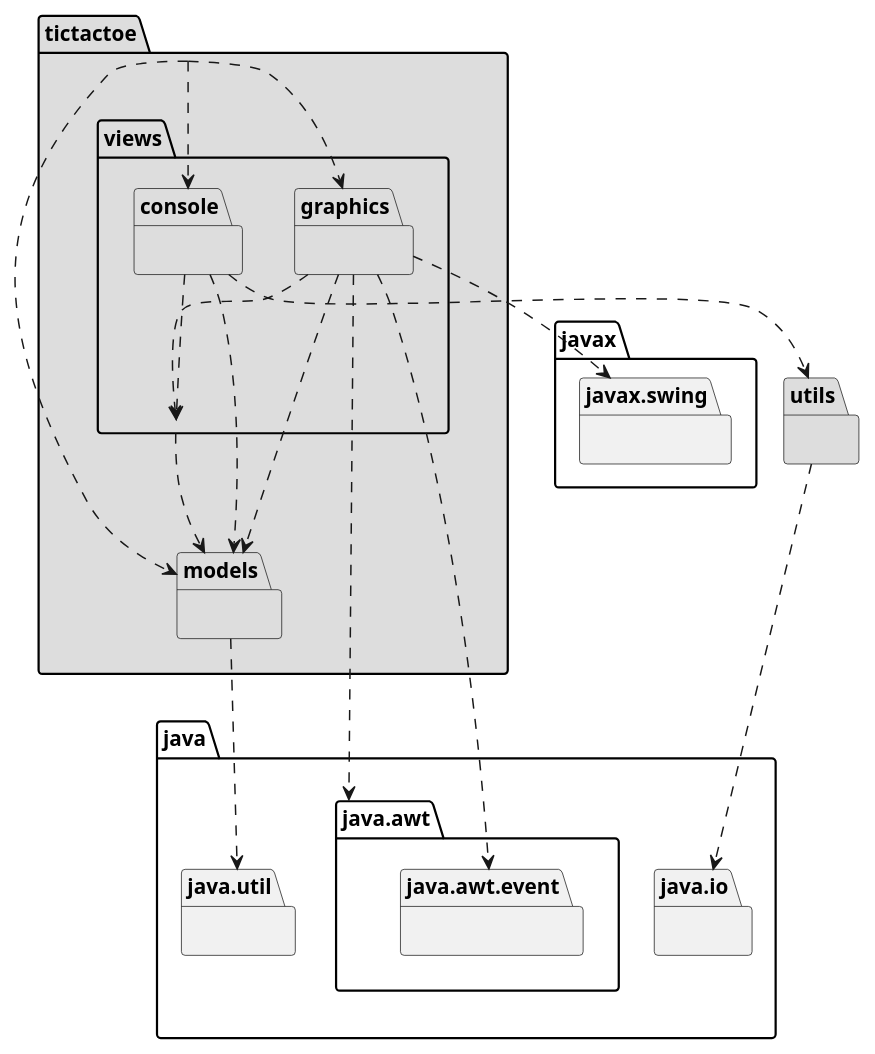
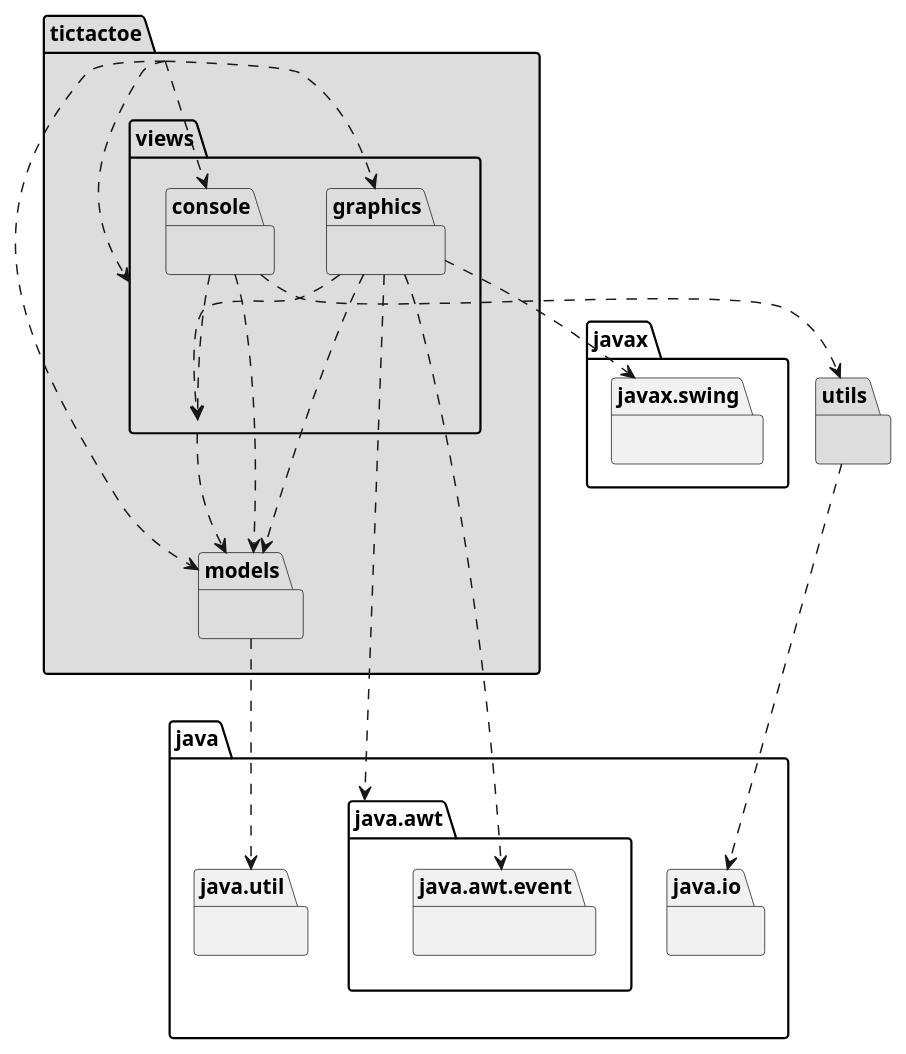
One commit to x-USantaTecla-game-ticTacToe/java changed the first of 4 diagrams in docs/src/docs/asciidoc/index.adoc. Above: the diagram before and after it, drawn with PlantUML. The commit also changed 4 other files, not shown here.

```diff
--- a/docs/src/docs/asciidoc/index.adoc
+++ b/docs/src/docs/asciidoc/index.adoc
@@ -35,35 +35,36 @@
 [plantuml,arquitecturaVersion4,svg]
 ....
 
 package tictactoe #DDDDDD { } 
 tictactoe .down.> tictactoe.views.graphics
 tictactoe .down.> tictactoe.models
 tictactoe .down.> tictactoe.views.console
+tictactoe .down.> tictactoe.views
 
 package tictactoe.models #DDDDDD { } 
 package java.util{ }
 tictactoe.models .down.> java.util
 
 package utils #DDDDDD { } 
 package java.io{ }
 utils .down.> java.io
 
 package tictactoe.views #DDDDDD { } 
 tictactoe.views .down.> tictactoe.models
 
 package tictactoe.views.console #DDDDDD { } 
 tictactoe.views.console .down.> tictactoe.views
 tictactoe.views.console .down.> tictactoe.models
 tictactoe.views.console .down.> utils
 
 package tictactoe.views.graphics #DDDDDD { } 
 package java.awt{ }
 tictactoe.views.graphics .down.> java.awt
 package java.awt.event{ }
 tictactoe.views.graphics .down.> java.awt.event
 tictactoe.views.graphics .down.> tictactoe.views
 tictactoe.views.graphics .down.> tictactoe.models
 package javax.swing{ }
 tictactoe.views.graphics .down.> javax.swing
 
 ....
```
